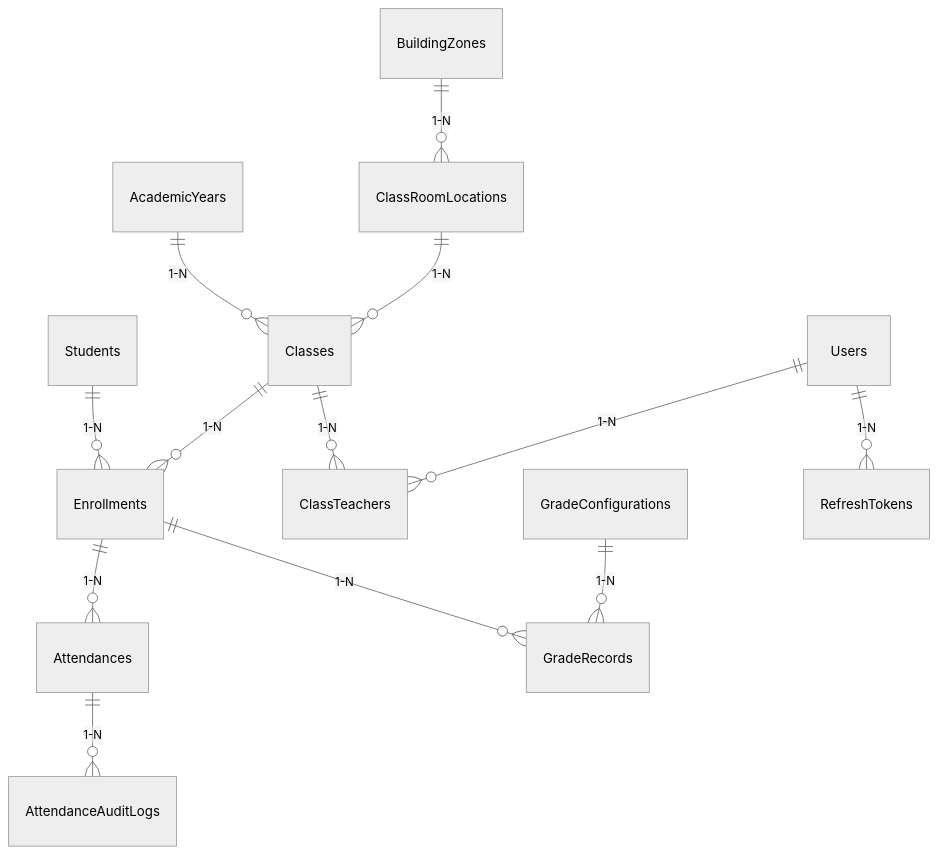
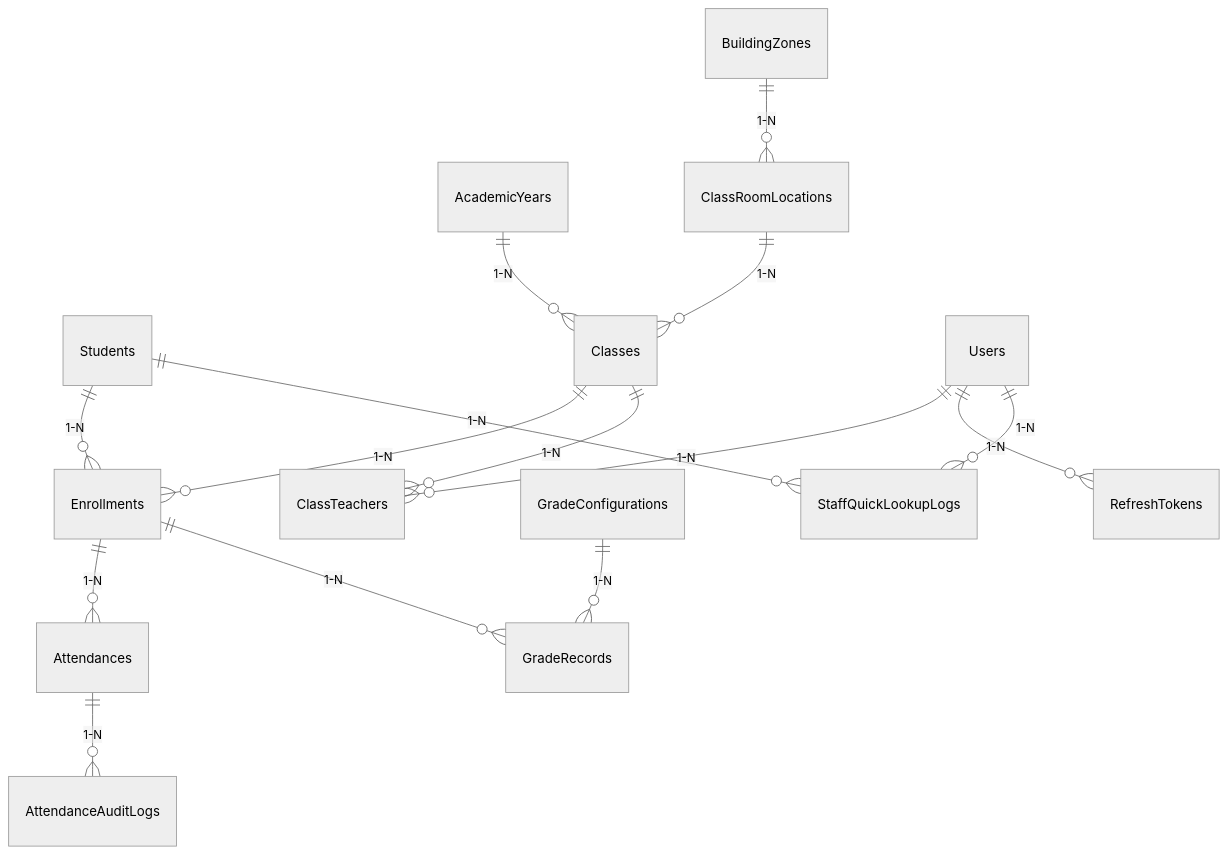
Before and after one commit to Kiin11/ManagerStudentCaltholic: the diagram in AI-Knowledge/02-DATABASE/TABLE-RELATIONSHIPS.md, drawn with Mermaid (neutral theme). The commit also changed other lines of this file and 23 other files, not shown here.

````diff
--- a/AI-Knowledge/02-DATABASE/TABLE-RELATIONSHIPS.md
+++ b/AI-Knowledge/02-DATABASE/TABLE-RELATIONSHIPS.md
@@ -33,16 +38,17 @@
 ```mermaid
 erDiagram
     Students ||--o{ Enrollments : "1-N"
     Classes ||--o{ Enrollments : "1-N"
     AcademicYears ||--o{ Classes : "1-N"
     Users ||--o{ ClassTeachers : "1-N"
     Classes ||--o{ ClassTeachers : "1-N"
     Enrollments ||--o{ Attendances : "1-N"
     Attendances ||--o{ AttendanceAuditLogs : "1-N"
     Enrollments ||--o{ GradeRecords : "1-N"
     GradeConfigurations ||--o{ GradeRecords : "1-N"
     BuildingZones ||--o{ ClassRoomLocations : "1-N"
     ClassRoomLocations ||--o{ Classes : "1-N"
     Users ||--o{ RefreshTokens : "1-N"
-	
+    Users ||--o{ StaffQuickLookupLogs : "1-N"
+    Students ||--o{ StaffQuickLookupLogs : "1-N"
 ```
````
